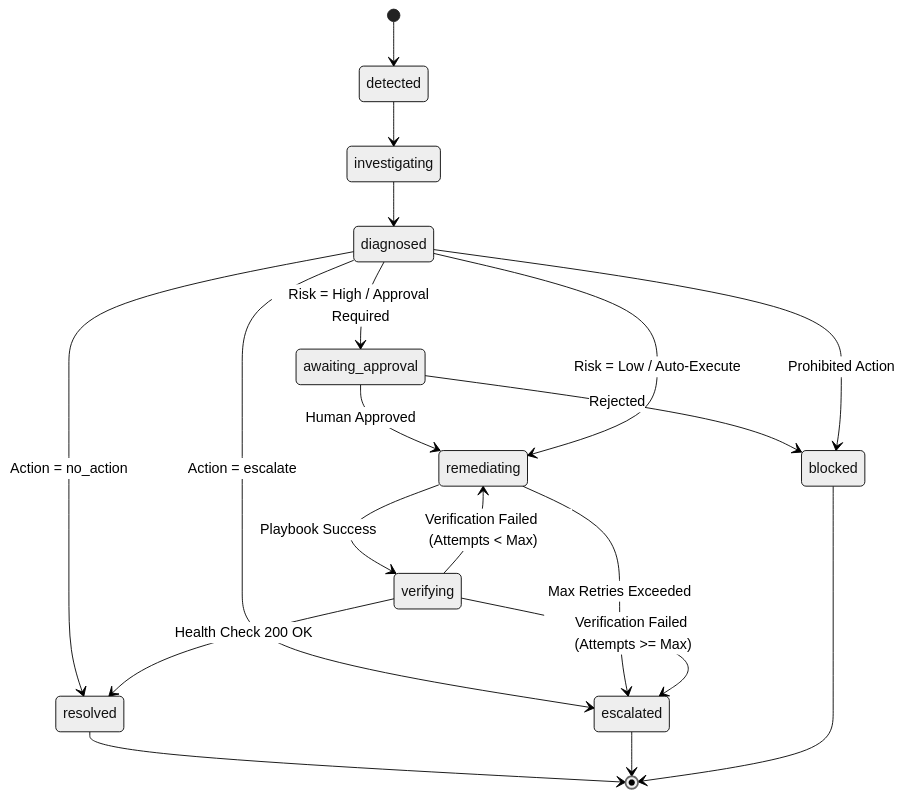
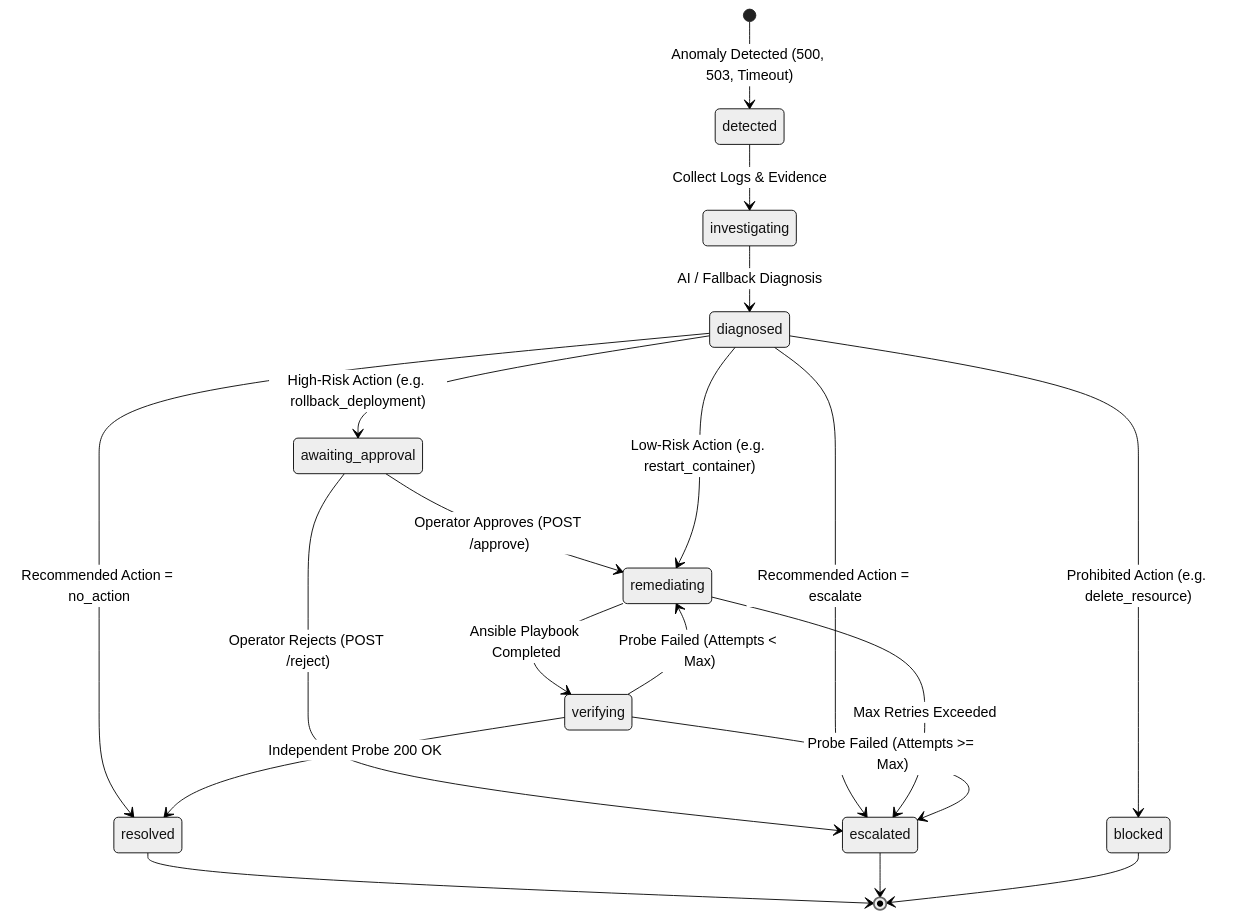
The second of 2 diagrams in README.md (anggapbwr/OpsPilot), drawn with Mermaid (neutral theme) before and after one commit. The commit also changed other lines of this file and 27 other files, not shown here.

Commit message:
feat: add bad deployment rollback scenario, approval gate, interactive dashboard, and revamp README

````diff
--- a/README.md
+++ b/README.md
@@ -120,21 +107,26 @@
 ```mermaid
 stateDiagram-v2
-    [*] --> detected
-    detected --> investigating
-    investigating --> diagnosed
-    diagnosed --> awaiting_approval : Risk = High / Approval Required
-    awaiting_approval --> remediating : Human Approved
-    awaiting_approval --> blocked : Rejected
-    diagnosed --> remediating : Risk = Low / Auto-Execute
-    diagnosed --> blocked : Prohibited Action
-    diagnosed --> resolved : Action = no_action
-    diagnosed --> escalated : Action = escalate
-    remediating --> verifying : Playbook Success
-    remediating --> escalated : Max Retries Exceeded
-    verifying --> resolved : Health Check 200 OK
-    verifying --> remediating : Verification Failed (Attempts < Max)
-    verifying --> escalated : Verification Failed (Attempts >= Max)
+    [*] --> detected: Anomaly Detected (500, 503, Timeout)
+    detected --> investigating: Collect Logs & Evidence
+    investigating --> diagnosed: AI / Fallback Diagnosis
+    
+    diagnosed --> awaiting_approval: High-Risk Action (e.g. rollback_deployment)
+    awaiting_approval --> remediating: Operator Approves (POST /approve)
+    awaiting_approval --> escalated: Operator Rejects (POST /reject)
+    
+    diagnosed --> remediating: Low-Risk Action (e.g. restart_container)
+    diagnosed --> blocked: Prohibited Action (e.g. delete_resource)
+    diagnosed --> resolved: Recommended Action = no_action
+    diagnosed --> escalated: Recommended Action = escalate
+    
+    remediating --> verifying: Ansible Playbook Completed
+    remediating --> escalated: Max Retries Exceeded
+    
+    verifying --> resolved: Independent Probe 200 OK
+    verifying --> remediating: Probe Failed (Attempts < Max)
+    verifying --> escalated: Probe Failed (Attempts >= Max)
+    
     resolved --> [*]
     escalated --> [*]
     blocked --> [*]
 ```
````
